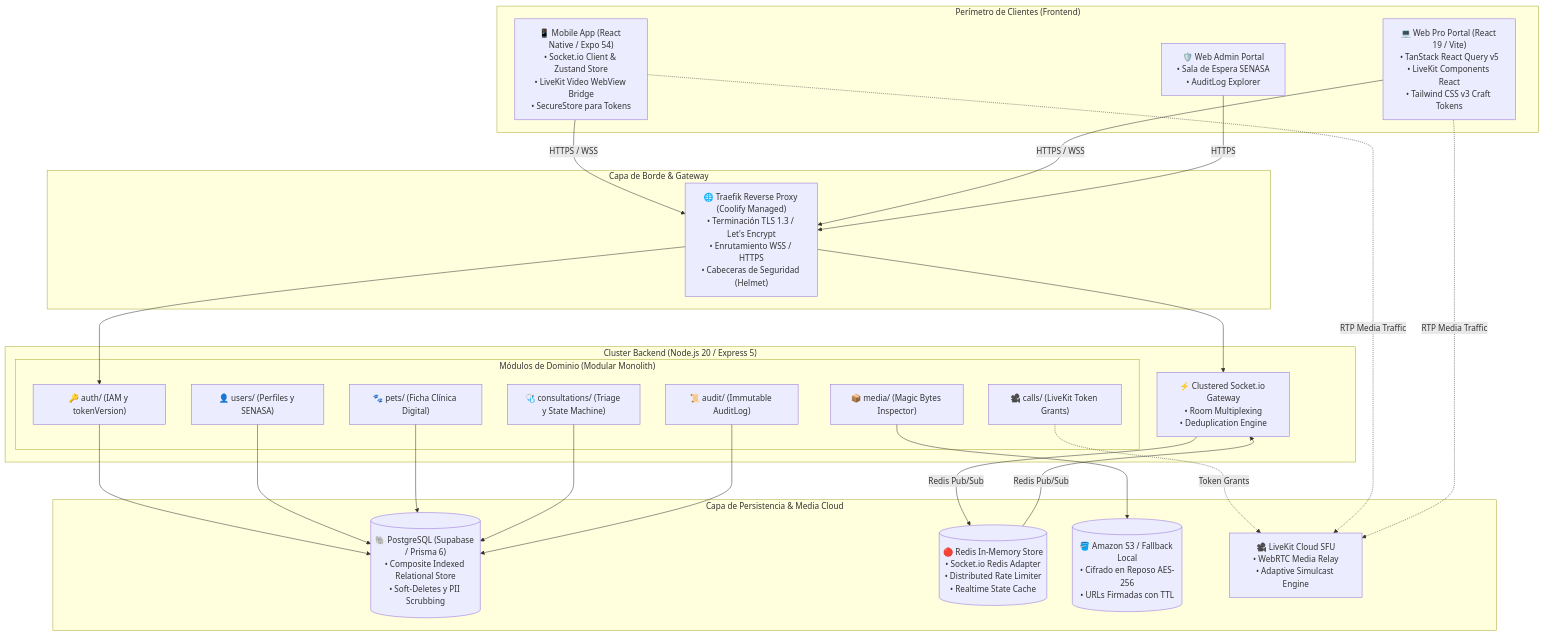
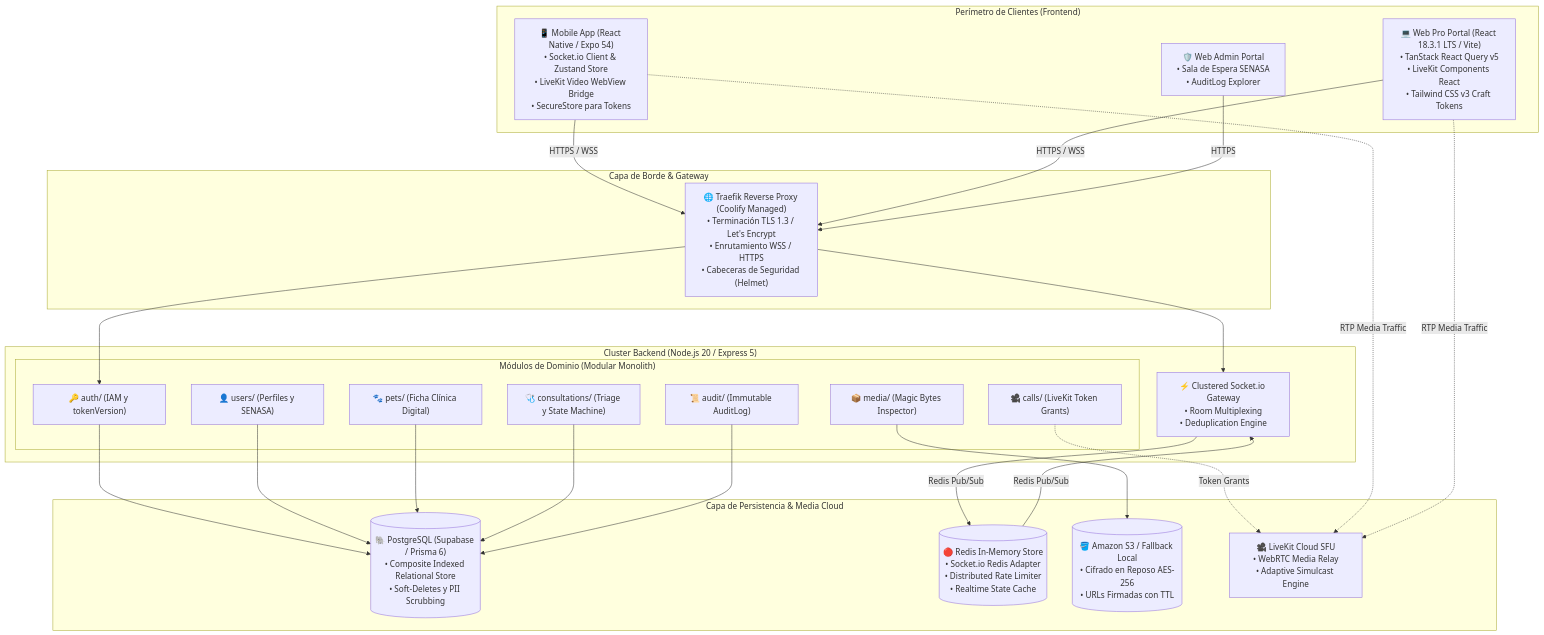
One commit to grupo-pinnacle/VetConnect changed the first of 4 diagrams in docs/SPEC.md. Above: the diagram before and after it, drawn with Mermaid. The commit also changed 74 other files, not shown here.

````diff
--- a/docs/SPEC.md
+++ b/docs/SPEC.md
@@ -28,54 +28,54 @@
 ```mermaid
 flowchart TB
     subgraph Clients["Perímetro de Clientes (Frontend)"]
         Mobile["📱 Mobile App (React Native / Expo 54)<br/>• Socket.io Client & Zustand Store<br/>• LiveKit Video WebView Bridge<br/>• SecureStore para Tokens"]
-        WebPro["💻 Web Pro Portal (React 19 / Vite)<br/>• TanStack React Query v5<br/>• LiveKit Components React<br/>• Tailwind CSS v3 Craft Tokens"]
+        WebPro["💻 Web Pro Portal (React 18.3.1 LTS / Vite)<br/>• TanStack React Query v5<br/>• LiveKit Components React<br/>• Tailwind CSS v3 Craft Tokens"]
         WebAdmin["🛡️ Web Admin Portal<br/>• Sala de Espera SENASA<br/>• AuditLog Explorer"]
     end
 
     subgraph Edge["Capa de Borde & Gateway"]
         Traefik["🌐 Traefik Reverse Proxy (Coolify Managed)<br/>• Terminación TLS 1.3 / Let's Encrypt<br/>• Enrutamiento WSS / HTTPS<br/>• Cabeceras de Seguridad (Helmet)"]
     end
 
     subgraph BackendCluster["Cluster Backend (Node.js 20 / Express 5)"]
         subgraph Modules["Módulos de Dominio (Modular Monolith)"]
             AuthMod["🔑 auth/ (IAM y tokenVersion)"]
             UserMod["👤 users/ (Perfiles y SENASA)"]
             PetMod["🐾 pets/ (Ficha Clínica Digital)"]
             ConsultMod["🩺 consultations/ (Triage y State Machine)"]
             CallMod["🎥 calls/ (LiveKit Token Grants)"]
             MediaMod["📦 media/ (Magic Bytes Inspector)"]
             AuditMod["📜 audit/ (Immutable AuditLog)"]
         end
         SocketGateway["⚡ Clustered Socket.io Gateway<br/>• Room Multiplexing<br/>• Deduplication Engine"]
     end
 
     subgraph PersistenceServices["Capa de Persistencia & Media Cloud"]
         Postgres[("🐘 PostgreSQL (Supabase / Prisma 6)<br/>• Composite Indexed Relational Store<br/>• Soft-Deletes y PII Scrubbing")]
         RedisStore[("🔴 Redis In-Memory Store<br/>• Socket.io Redis Adapter<br/>• Distributed Rate Limiter<br/>• Realtime State Cache")]
         S3Storage[("🪣 Amazon S3 / Fallback Local<br/>• Cifrado en Reposo AES-256<br/>• URLs Firmadas con TTL")]
         LiveKitServer["🎥 LiveKit Cloud SFU<br/>• WebRTC Media Relay<br/>• Adaptive Simulcast Engine"]
     end
 
     Mobile -->|HTTPS / WSS| Traefik
     WebPro -->|HTTPS / WSS| Traefik
     WebAdmin -->|HTTPS| Traefik
 
     Traefik --> AuthMod
     Traefik --> SocketGateway
 
     AuthMod --> Postgres
     UserMod --> Postgres
     PetMod --> Postgres
     ConsultMod --> Postgres
     AuditMod --> Postgres
 
     MediaMod --> S3Storage
 
     SocketGateway -->|Redis Pub/Sub| RedisStore
     RedisStore -->|Redis Pub/Sub| SocketGateway
 
     CallMod -.->|Token Grants| LiveKitServer
     Mobile -.->|RTP Media Traffic| LiveKitServer
     WebPro -.->|RTP Media Traffic| LiveKitServer
 ```
````
